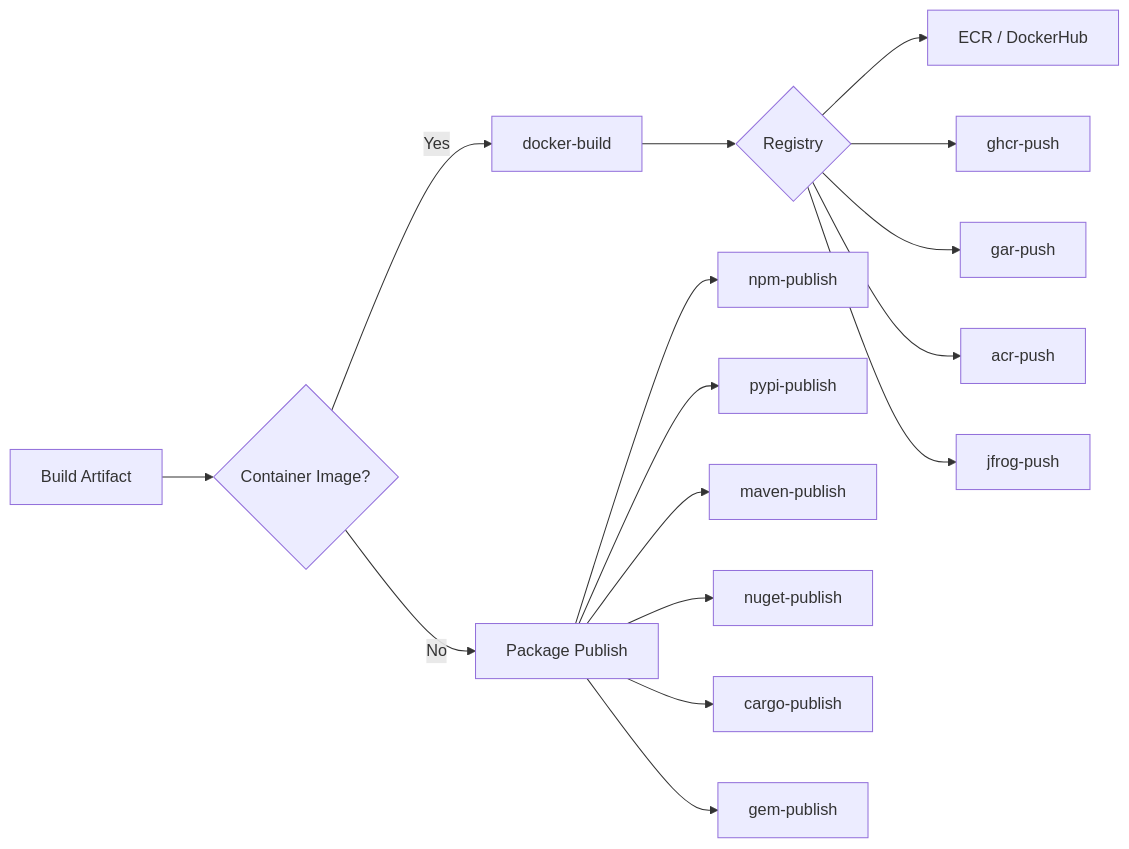
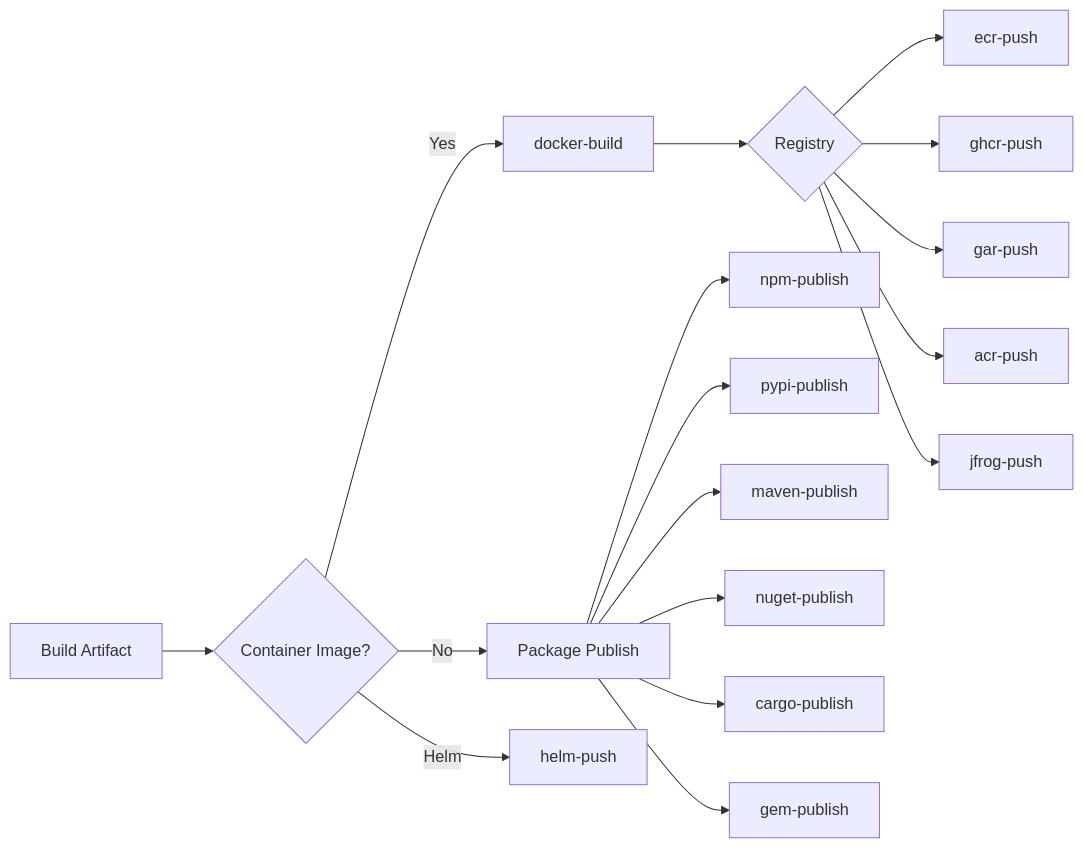
Before and after one commit to mwashburn160/pipeline-builder: the diagram in docs/plugins/artifact.md, drawn with Mermaid. The commit also changed other lines of this file and 235 other files, not shown here.

````diff
--- a/docs/plugins/artifact.md
+++ b/docs/plugins/artifact.md
@@ -5,20 +5,21 @@
 ```mermaid
 flowchart LR
     Build[Build Artifact] --> ContainerImg{Container Image?}
     ContainerImg -->|Yes| DockerBuild[docker-build]
     ContainerImg -->|No| PkgPublish[Package Publish]
+    ContainerImg -->|Helm| HelmPkg[helm-push]
 
     DockerBuild --> Registry{Registry}
-    Registry --> ECR[ECR / DockerHub]
+    Registry --> ecr-push
     Registry --> ghcr-push
     Registry --> gar-push
     Registry --> acr-push
     Registry --> jfrog-push
 
     PkgPublish --> npm-publish
     PkgPublish --> pypi-publish
     PkgPublish --> maven-publish
     PkgPublish --> nuget-publish
     PkgPublish --> cargo-publish
     PkgPublish --> gem-publish
 ```
````
